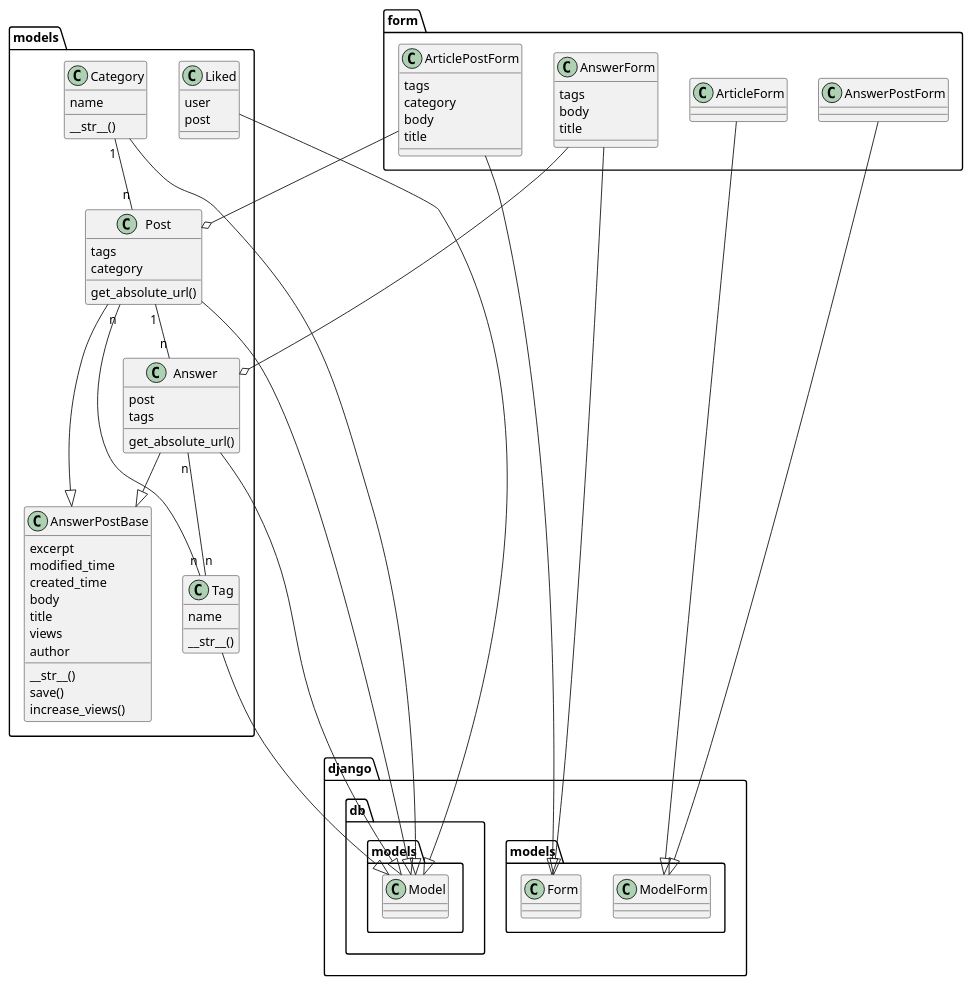
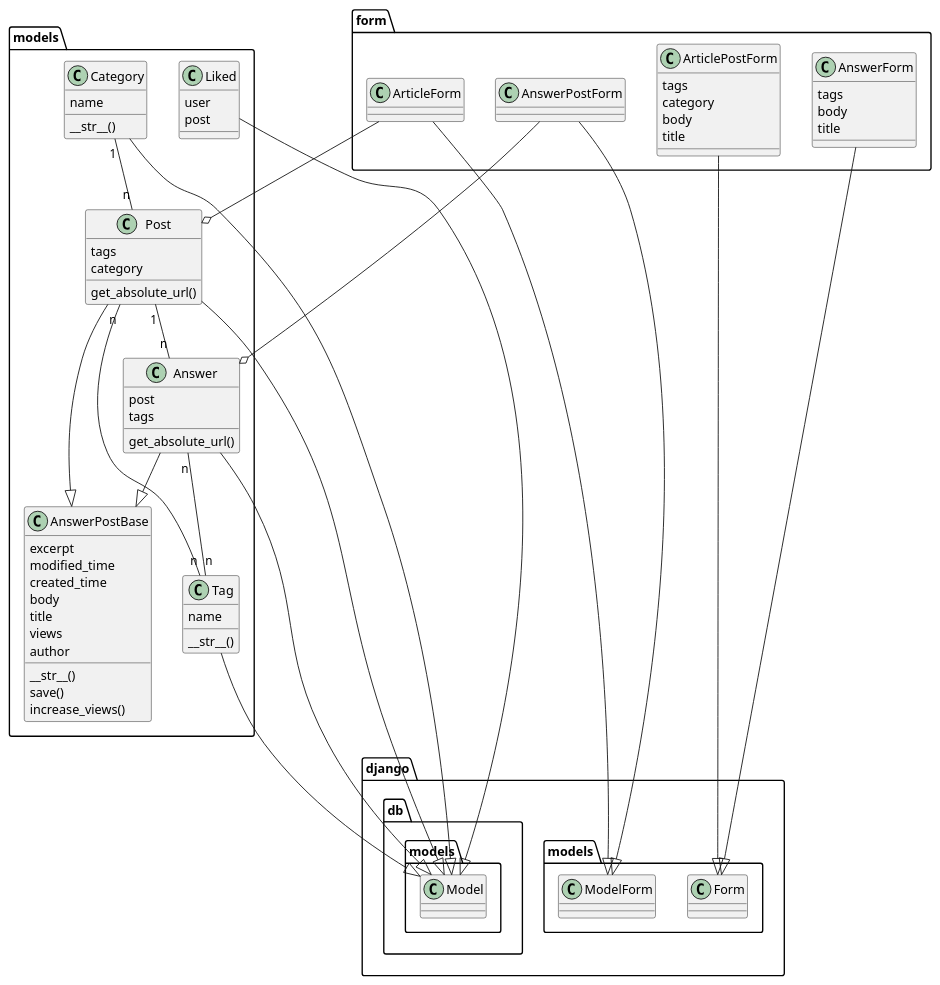
Before and after one commit to zhangxiucheng/Django--Shihu: the diagram in uml/blog-class.puml, drawn with PlantUML. The commit also changed 1 other file, not shown here.

Commit message:
微调类图 Squashed commit of the following:
commit 7db3d74c4b19aacba7e0142a1db4bf0127b85263
Author: sinofp <sinofp@tuta.io>
Date:   Fri Jan 3 12:39:35 2020 +0800

    给uml图加些标题

commit 131f7f157e462bd78c1b1624326680f662473db1
Author: sinofp <sinofp@tuta.io>
Date:   Fri Jan 3 12:39:08 2020 +0800

    把聚合的箭头改对

```diff
--- a/uml/blog-class.puml
+++ b/uml/blog-class.puml
@@ -1,96 +1,91 @@
 @startuml blog-class
 
 package django.models {
     class Form
     class ModelForm
 }
 
 package django.db.models {
     class Model
 }
-
 
 package models {
     class Category {
         name
         __str__()
     }
     class Tag {
         name
         __str__()
     }
     class AnswerPostBase {
         excerpt
         modified_time
         created_time
         body
         title
         views
         author
         __str__()
         save()
         increase_views()
     }
     class Post {
         tags
         category
         get_absolute_url()
     }
     class Answer {
         post
         tags
         get_absolute_url()
     }
     class Liked {
         user
         post
     }
 
     Post --|> AnswerPostBase
     Answer --|> AnswerPostBase
 
     Category "1" -- "n" Post
     Post "1" -- "n" Answer
     Post "n" -- "n" Tag
     Answer "n" -- "n" Tag
 
 
     Category --|> Model
     Liked --|> Model
     Answer --|> Model
     Post --|> Model
     Tag --|> Model
 }
 
 
 package form {
     class ArticlePostForm {
         tags
         category
         body
         title
     }
     class ArticleForm
     class AnswerForm {
         tags
         body
         title
     }
     class AnswerPostForm
 
     ArticlePostForm --|> Form
-    ArticlePostForm --o Post
-
 
     ArticleForm --|> ModelForm
+    ArticleForm --o Post
 
     AnswerForm --|> Form
-    AnswerForm --o Answer
 
     AnswerPostForm --|> ModelForm
+    AnswerPostForm --o Answer
 }
 
-
-
-
 @enduml
```
